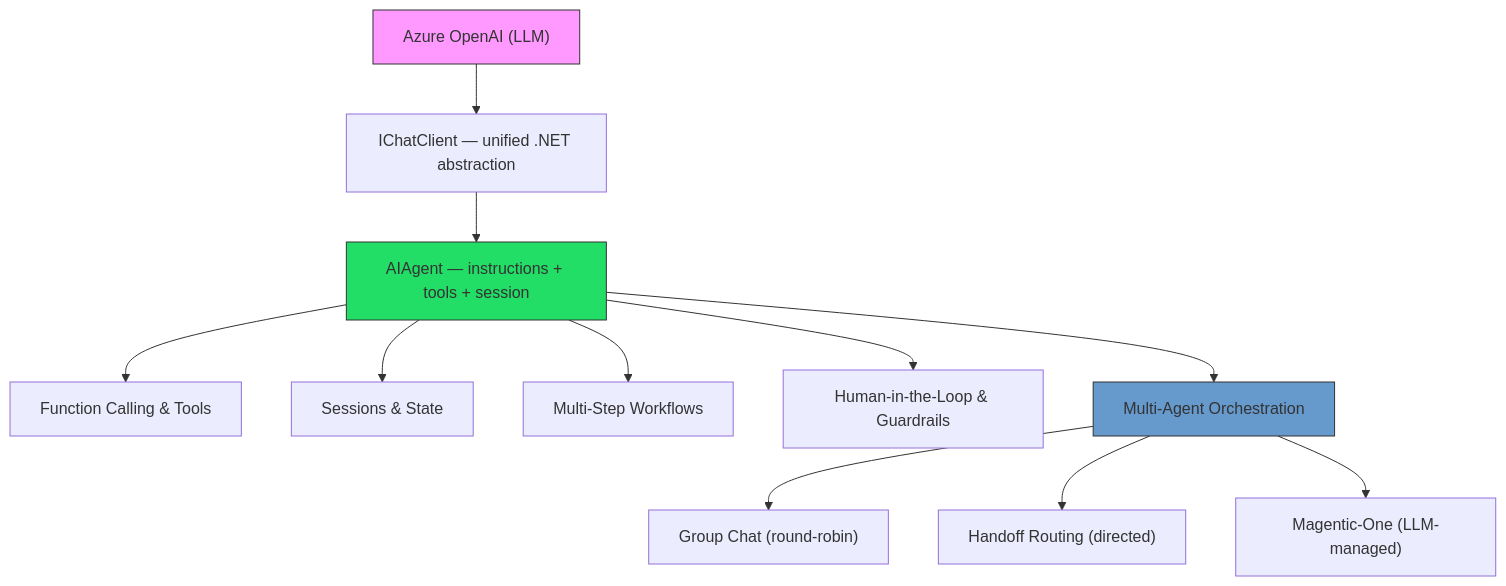
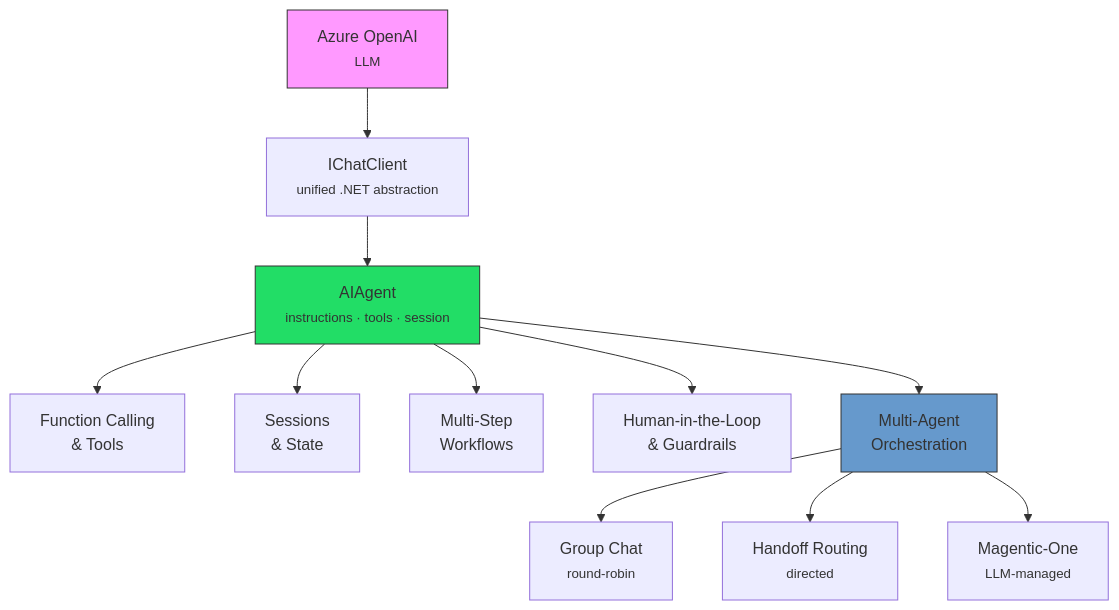
One commit to PeterMilovcik/MicrosoftAgentFramework.Dotnet.Workshop changed the first of 2 diagrams in README.md. Above: the diagram before and after it, drawn with Mermaid.

Commit message:
Enhance diagram formatting in README for improved clarity and readability

````diff
--- a/README.md
+++ b/README.md
@@ -45,18 +45,18 @@
 ```mermaid
 graph TD
-    LLM["Azure OpenAI (LLM)"]
-    LLM --> Client["IChatClient — unified .NET abstraction"]
-    Client --> Agent["AIAgent — instructions + tools + session"]
-    Agent --> Tools["Function Calling & Tools"]
-    Agent --> State["Sessions & State"]
-    Agent --> Workflows["Multi-Step Workflows"]
-    Agent --> HITL["Human-in-the-Loop & Guardrails"]
-    Agent --> Multi["Multi-Agent Orchestration"]
-    Multi --> GC["Group Chat (round-robin)"]
-    Multi --> HO["Handoff Routing (directed)"]
-    Multi --> MG["Magentic-One (LLM-managed)"]
+    LLM["Azure OpenAI<br/><small>LLM</small>"]
+    LLM --> Client["IChatClient<br/><small>unified .NET abstraction</small>"]
+    Client --> Agent["AIAgent<br/><small>instructions · tools · session</small>"]
+    Agent --> Tools["Function Calling<br/>& Tools"]
+    Agent --> State["Sessions<br/>& State"]
+    Agent --> Workflows["Multi-Step<br/>Workflows"]
+    Agent --> HITL["Human-in-the-Loop<br/>& Guardrails"]
+    Agent --> Multi["Multi-Agent<br/>Orchestration"]
+    Multi --> GC["Group Chat<br/><small>round-robin</small>"]
+    Multi --> HO["Handoff Routing<br/><small>directed</small>"]
+    Multi --> MG["Magentic-One<br/><small>LLM-managed</small>"]
 
     style LLM fill:#f9f,stroke:#333
     style Agent fill:#2d6,stroke:#333
     style Multi fill:#69c,stroke:#333
 ```
````
